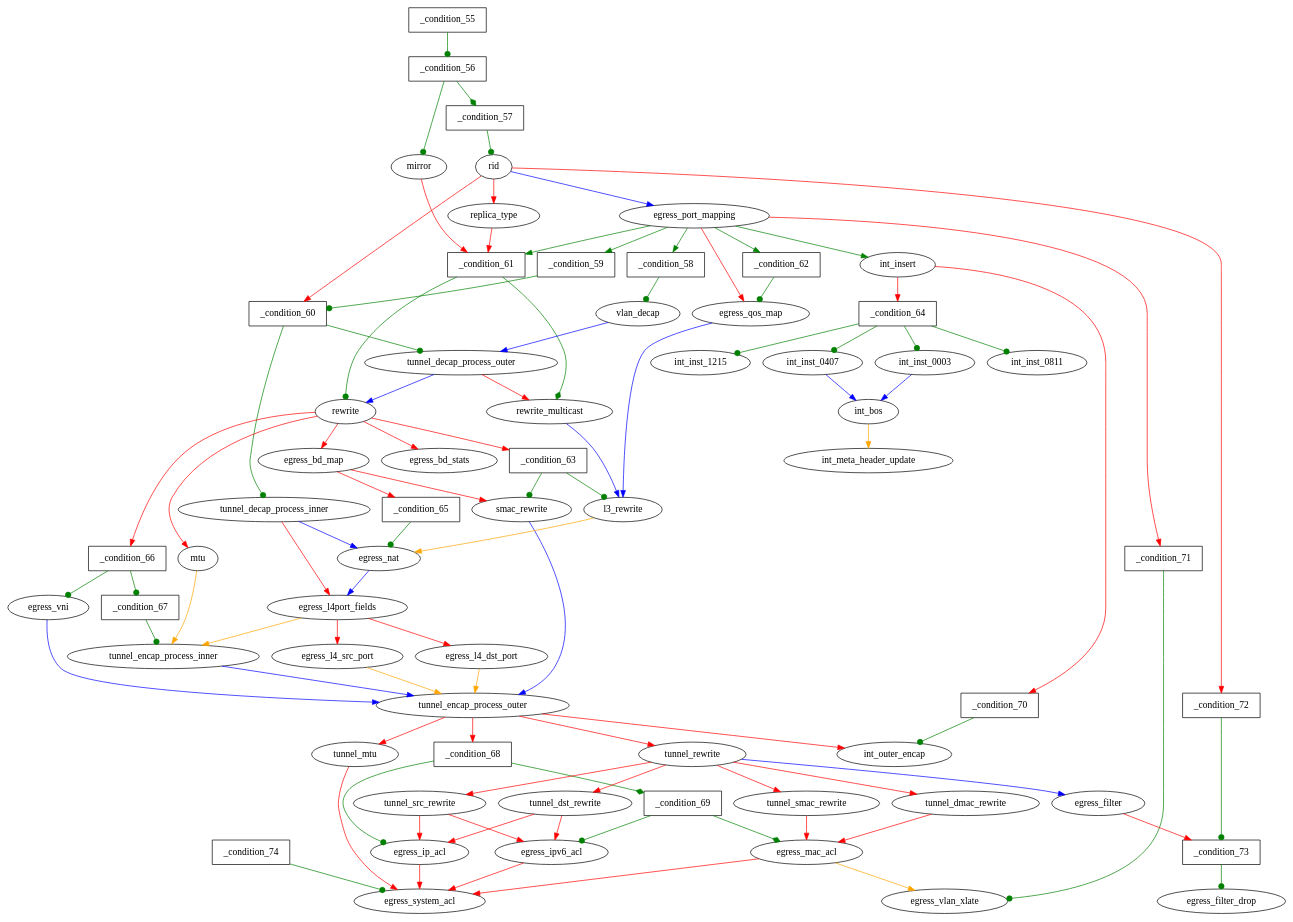
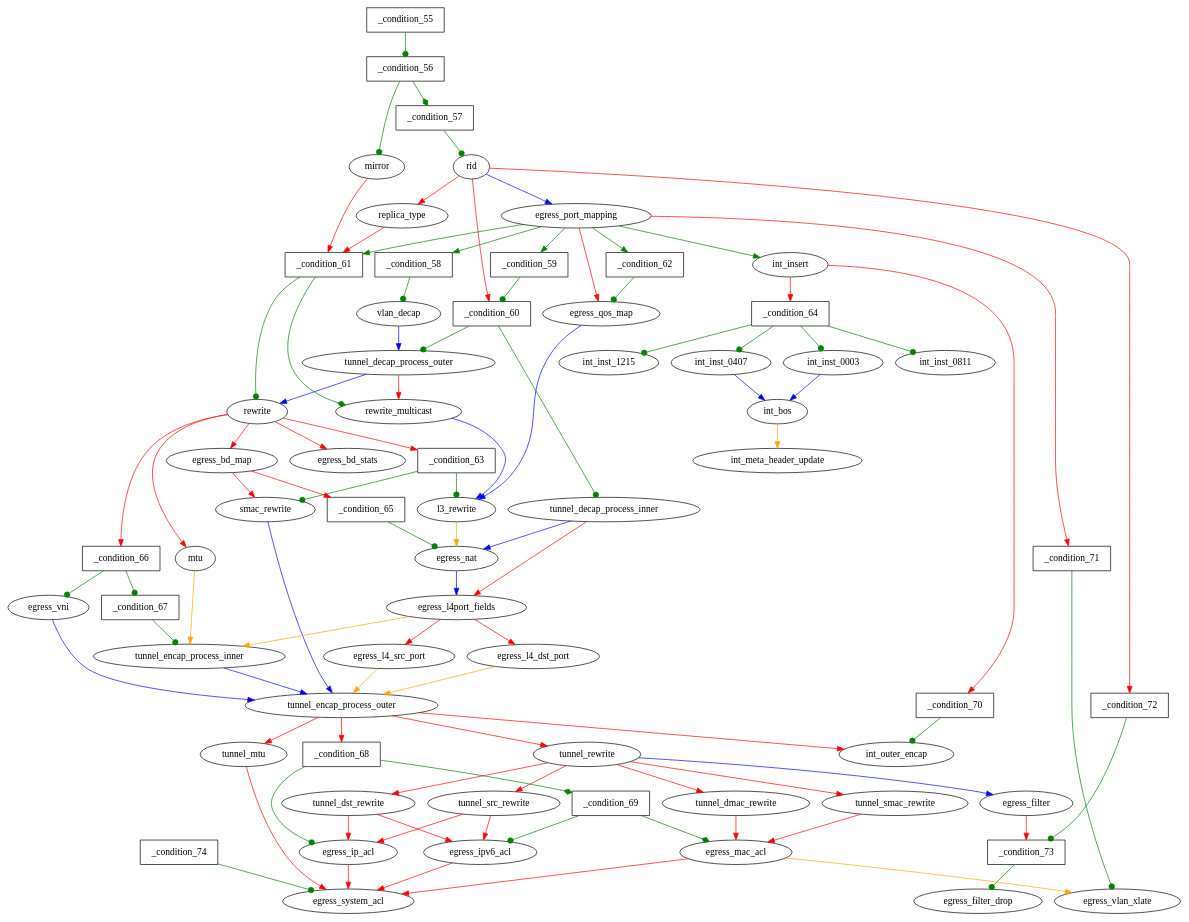
The diagram in v1.0.3/switch-orig/out1b-unchanged-no-control-flow-deps/switch.egress.tables_dep.dot (jafingerhut/p4lang-tests), drawn with Graphviz before and after one commit. The commit also changed other lines of this file and 12 other files, not shown here.

First line of the commit message:
Use p4-graphs with modifications for more consistent run-to-run contents of stdout.txt and dot files

```diff
--- a/v1.0.3/switch-orig/out1b-unchanged-no-control-flow-deps/switch.egress.tables_dep.dot
+++ b/v1.0.3/switch-orig/out1b-unchanged-no-control-flow-deps/switch.egress.tables_dep.dot
@@ -1,116 +1,116 @@
 digraph egress {
+_condition_55 [shape=box label="_condition_55"];
+_condition_56 [shape=box label="_condition_56"];
+_condition_57 [shape=box label="_condition_57"];
+_condition_58 [shape=box label="_condition_58"];
+_condition_59 [shape=box label="_condition_59"];
+_condition_60 [shape=box label="_condition_60"];
 _condition_61 [shape=box label="_condition_61"];
+_condition_62 [shape=box label="_condition_62"];
+_condition_63 [shape=box label="_condition_63"];
+_condition_64 [shape=box label="_condition_64"];
+_condition_65 [shape=box label="_condition_65"];
+_condition_66 [shape=box label="_condition_66"];
+_condition_67 [shape=box label="_condition_67"];
 _condition_68 [shape=box label="_condition_68"];
 _condition_69 [shape=box label="_condition_69"];
-_condition_62 [shape=box label="_condition_62"];
-_condition_63 [shape=box label="_condition_63"];
-_condition_60 [shape=box label="_condition_60"];
-_condition_66 [shape=box label="_condition_66"];
-_condition_67 [shape=box label="_condition_67"];
-_condition_64 [shape=box label="_condition_64"];
-_condition_65 [shape=box label="_condition_65"];
-_condition_57 [shape=box label="_condition_57"];
-_condition_56 [shape=box label="_condition_56"];
-_condition_55 [shape=box label="_condition_55"];
+_condition_70 [shape=box label="_condition_70"];
 _condition_71 [shape=box label="_condition_71"];
-_condition_70 [shape=box label="_condition_70"];
+_condition_72 [shape=box label="_condition_72"];
 _condition_73 [shape=box label="_condition_73"];
-_condition_72 [shape=box label="_condition_72"];
 _condition_74 [shape=box label="_condition_74"];
-_condition_59 [shape=box label="_condition_59"];
-_condition_58 [shape=box label="_condition_58"];
-int_bos -> int_meta_header_update [color=orange ];
+_condition_55 -> _condition_56 [color=green  arrowhead = dot];
+_condition_56 -> _condition_57 [color=green  arrowhead = diamond];
+_condition_56 -> mirror [color=green  arrowhead = dot];
+_condition_57 -> rid [color=green  arrowhead = dot];
+_condition_58 -> vlan_decap [color=green  arrowhead = dot];
+_condition_59 -> _condition_60 [color=green  arrowhead = dot];
+_condition_60 -> tunnel_decap_process_inner [color=green  arrowhead = dot];
+_condition_60 -> tunnel_decap_process_outer [color=green  arrowhead = dot];
+_condition_61 -> rewrite [color=green  arrowhead = dot];
 _condition_61 -> rewrite_multicast [color=green  arrowhead = diamond];
-_condition_61 -> rewrite [color=green  arrowhead = dot];
-vlan_decap -> tunnel_decap_process_outer [color=blue ];
-rewrite -> egress_bd_map [color=red ];
-rewrite -> mtu [color=red ];
-rewrite -> egress_bd_stats [color=red ];
-rewrite -> _condition_66 [color=red ];
-rewrite -> _condition_63 [color=red ];
-int_insert -> _condition_70 [color=red ];
-int_insert -> _condition_64 [color=red ];
-egress_ipv6_acl -> egress_system_acl [color=red ];
-int_inst_0003 -> int_bos [color=blue ];
-mirror -> _condition_61 [color=red ];
-rid -> egress_port_mapping [color=blue ];
-rid -> _condition_60 [color=red ];
-rid -> _condition_72 [color=red ];
-rid -> replica_type [color=red ];
-mtu -> tunnel_encap_process_inner [color=orange ];
-egress_port_mapping -> _condition_71 [color=red ];
-egress_port_mapping -> _condition_62 [color=green ];
-egress_port_mapping -> _condition_58 [color=green ];
-egress_port_mapping -> egress_qos_map [color=red ];
-egress_port_mapping -> _condition_61 [color=green ];
-egress_port_mapping -> int_insert [color=green ];
-egress_port_mapping -> _condition_59 [color=green ];
+_condition_62 -> egress_qos_map [color=green  arrowhead = dot];
+_condition_63 -> l3_rewrite [color=green  arrowhead = dot];
+_condition_63 -> smac_rewrite [color=green  arrowhead = dot];
+_condition_64 -> int_inst_0003 [color=green  arrowhead = dot];
+_condition_64 -> int_inst_0407 [color=green  arrowhead = dot];
+_condition_64 -> int_inst_0811 [color=green  arrowhead = dot];
+_condition_64 -> int_inst_1215 [color=green  arrowhead = dot];
+_condition_65 -> egress_nat [color=green  arrowhead = dot];
+_condition_66 -> _condition_67 [color=green  arrowhead = dot];
+_condition_66 -> egress_vni [color=green  arrowhead = dot];
+_condition_67 -> tunnel_encap_process_inner [color=green  arrowhead = dot];
+_condition_68 -> _condition_69 [color=green  arrowhead = diamond];
 _condition_68 -> egress_ip_acl [color=green  arrowhead = dot];
-_condition_68 -> _condition_69 [color=green  arrowhead = diamond];
 _condition_69 -> egress_ipv6_acl [color=green  arrowhead = dot];
 _condition_69 -> egress_mac_acl [color=green  arrowhead = diamond];
+_condition_70 -> int_outer_encap [color=green  arrowhead = dot];
+_condition_71 -> egress_vlan_xlate [color=green  arrowhead = dot];
+_condition_72 -> _condition_73 [color=green  arrowhead = dot];
+_condition_73 -> egress_filter_drop [color=green  arrowhead = dot];
+_condition_74 -> egress_system_acl [color=green  arrowhead = dot];
+egress_bd_map -> _condition_65 [color=red ];
 egress_bd_map -> smac_rewrite [color=red ];
-egress_bd_map -> _condition_65 [color=red ];
-tunnel_src_rewrite -> egress_ip_acl [color=red ];
-tunnel_src_rewrite -> egress_ipv6_acl [color=red ];
+egress_filter -> _condition_73 [color=red ];
+egress_ip_acl -> egress_system_acl [color=red ];
+egress_ipv6_acl -> egress_system_acl [color=red ];
+egress_l4_dst_port -> tunnel_encap_process_outer [color=orange ];
+egress_l4_src_port -> tunnel_encap_process_outer [color=orange ];
 egress_l4port_fields -> egress_l4_dst_port [color=red ];
 egress_l4port_fields -> egress_l4_src_port [color=red ];
 egress_l4port_fields -> tunnel_encap_process_inner [color=orange ];
-_condition_62 -> egress_qos_map [color=green  arrowhead = dot];
-_condition_63 -> smac_rewrite [color=green  arrowhead = dot];
-_condition_63 -> l3_rewrite [color=green  arrowhead = dot];
-_condition_60 -> tunnel_decap_process_outer [color=green  arrowhead = dot];
-_condition_60 -> tunnel_decap_process_inner [color=green  arrowhead = dot];
-_condition_66 -> _condition_67 [color=green  arrowhead = dot];
-_condition_66 -> egress_vni [color=green  arrowhead = dot];
-_condition_67 -> tunnel_encap_process_inner [color=green  arrowhead = dot];
-_condition_64 -> int_inst_0811 [color=green  arrowhead = dot];
-_condition_64 -> int_inst_1215 [color=green  arrowhead = dot];
-_condition_64 -> int_inst_0407 [color=green  arrowhead = dot];
-_condition_64 -> int_inst_0003 [color=green  arrowhead = dot];
+egress_mac_acl -> egress_system_acl [color=red ];
+egress_mac_acl -> egress_vlan_xlate [color=orange ];
+egress_nat -> egress_l4port_fields [color=blue ];
+egress_port_mapping -> _condition_58 [color=green ];
+egress_port_mapping -> _condition_59 [color=green ];
+egress_port_mapping -> _condition_61 [color=green ];
+egress_port_mapping -> _condition_62 [color=green ];
+egress_port_mapping -> _condition_71 [color=red ];
+egress_port_mapping -> egress_qos_map [color=red ];
+egress_port_mapping -> int_insert [color=green ];
+egress_qos_map -> l3_rewrite [color=blue ];
+egress_vni -> tunnel_encap_process_outer [color=blue ];
+int_bos -> int_meta_header_update [color=orange ];
+int_insert -> _condition_64 [color=red ];
+int_insert -> _condition_70 [color=red ];
+int_inst_0003 -> int_bos [color=blue ];
+int_inst_0407 -> int_bos [color=blue ];
+l3_rewrite -> egress_nat [color=orange ];
+mirror -> _condition_61 [color=red ];
+mtu -> tunnel_encap_process_inner [color=orange ];
+replica_type -> _condition_61 [color=red ];
+rewrite -> _condition_63 [color=red ];
+rewrite -> _condition_66 [color=red ];
+rewrite -> egress_bd_map [color=red ];
+rewrite -> egress_bd_stats [color=red ];
+rewrite -> mtu [color=red ];
+rewrite_multicast -> l3_rewrite [color=blue ];
+rid -> _condition_60 [color=red ];
+rid -> _condition_72 [color=red ];
+rid -> egress_port_mapping [color=blue ];
+rid -> replica_type [color=red ];
+smac_rewrite -> tunnel_encap_process_outer [color=blue ];
+tunnel_decap_process_inner -> egress_l4port_fields [color=red ];
+tunnel_decap_process_inner -> egress_nat [color=blue ];
+tunnel_decap_process_outer -> rewrite [color=blue ];
+tunnel_decap_process_outer -> rewrite_multicast [color=red ];
+tunnel_dmac_rewrite -> egress_mac_acl [color=red ];
+tunnel_dst_rewrite -> egress_ip_acl [color=red ];
+tunnel_dst_rewrite -> egress_ipv6_acl [color=red ];
+tunnel_encap_process_inner -> tunnel_encap_process_outer [color=blue ];
 tunnel_encap_process_outer -> _condition_68 [color=red ];
-tunnel_encap_process_outer -> tunnel_rewrite [color=red ];
 tunnel_encap_process_outer -> int_outer_encap [color=red ];
 tunnel_encap_process_outer -> tunnel_mtu [color=red ];
+tunnel_encap_process_outer -> tunnel_rewrite [color=red ];
 tunnel_mtu -> egress_system_acl [color=red ];
-tunnel_decap_process_inner -> egress_l4port_fields [color=red ];
-tunnel_decap_process_inner -> egress_nat [color=blue ];
-tunnel_decap_process_outer -> rewrite_multicast [color=red ];
-tunnel_decap_process_outer -> rewrite [color=blue ];
+tunnel_rewrite -> egress_filter [color=blue ];
+tunnel_rewrite -> tunnel_dmac_rewrite [color=red ];
+tunnel_rewrite -> tunnel_dst_rewrite [color=red ];
+tunnel_rewrite -> tunnel_smac_rewrite [color=red ];
+tunnel_rewrite -> tunnel_src_rewrite [color=red ];
 tunnel_smac_rewrite -> egress_mac_acl [color=red ];
-smac_rewrite -> tunnel_encap_process_outer [color=blue ];
-replica_type -> _condition_61 [color=red ];
-rewrite_multicast -> l3_rewrite [color=blue ];
-_condition_65 -> egress_nat [color=green  arrowhead = dot];
-egress_filter -> _condition_73 [color=red ];
-int_inst_0407 -> int_bos [color=blue ];
-tunnel_rewrite -> tunnel_smac_rewrite [color=red ];
-tunnel_rewrite -> tunnel_dmac_rewrite [color=red ];
-tunnel_rewrite -> tunnel_src_rewrite [color=red ];
-tunnel_rewrite -> egress_filter [color=blue ];
-tunnel_rewrite -> tunnel_dst_rewrite [color=red ];
-egress_ip_acl -> egress_system_acl [color=red ];
-tunnel_encap_process_inner -> tunnel_encap_process_outer [color=blue ];
-egress_nat -> egress_l4port_fields [color=blue ];
-_condition_57 -> rid [color=green  arrowhead = dot];
-_condition_56 -> mirror [color=green  arrowhead = dot];
-_condition_56 -> _condition_57 [color=green  arrowhead = diamond];
-_condition_55 -> _condition_56 [color=green  arrowhead = dot];
-tunnel_dmac_rewrite -> egress_mac_acl [color=red ];
-egress_l4_dst_port -> tunnel_encap_process_outer [color=orange ];
-egress_mac_acl -> egress_system_acl [color=red ];
-egress_mac_acl -> egress_vlan_xlate [color=orange ];
-egress_vni -> tunnel_encap_process_outer [color=blue ];
-_condition_71 -> egress_vlan_xlate [color=green  arrowhead = dot];
-_condition_70 -> int_outer_encap [color=green  arrowhead = dot];
-_condition_73 -> egress_filter_drop [color=green  arrowhead = dot];
-_condition_72 -> _condition_73 [color=green  arrowhead = dot];
-_condition_74 -> egress_system_acl [color=green  arrowhead = dot];
-_condition_59 -> _condition_60 [color=green  arrowhead = dot];
-_condition_58 -> vlan_decap [color=green  arrowhead = dot];
-l3_rewrite -> egress_nat [color=orange ];
-egress_l4_src_port -> tunnel_encap_process_outer [color=orange ];
-egress_qos_map -> l3_rewrite [color=blue ];
-tunnel_dst_rewrite -> egress_ip_acl [color=red ];
-tunnel_dst_rewrite -> egress_ipv6_acl [color=red ];
+tunnel_src_rewrite -> egress_ip_acl [color=red ];
+tunnel_src_rewrite -> egress_ipv6_acl [color=red ];
+vlan_decap -> tunnel_decap_process_outer [color=blue ];
 }
```
